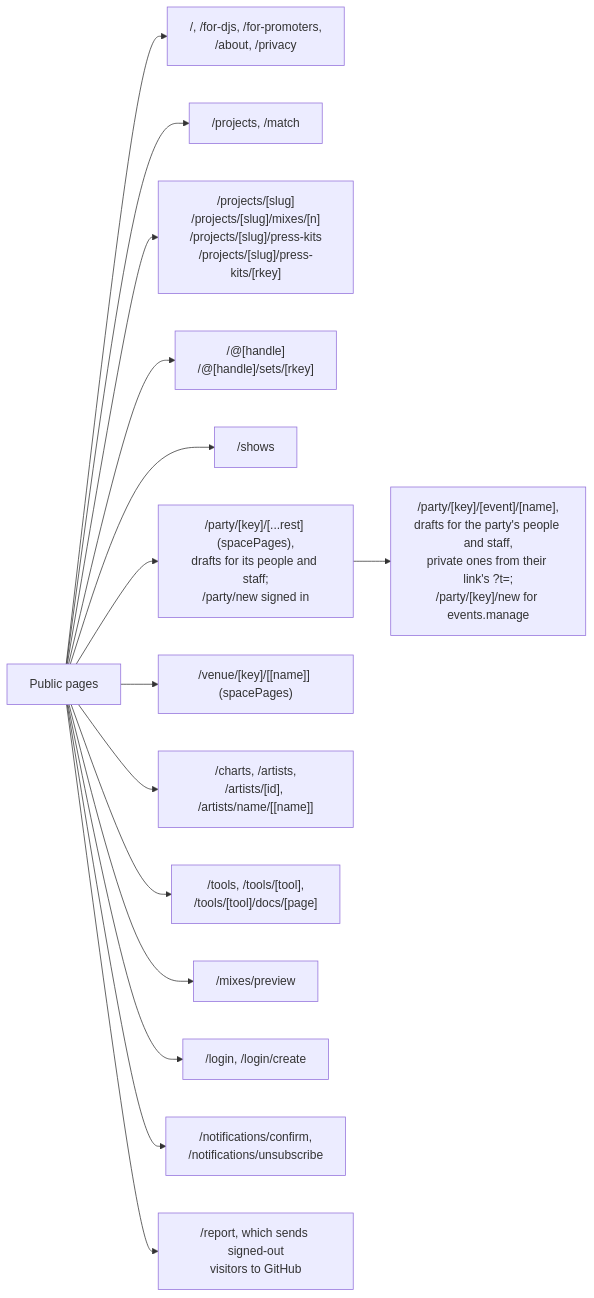
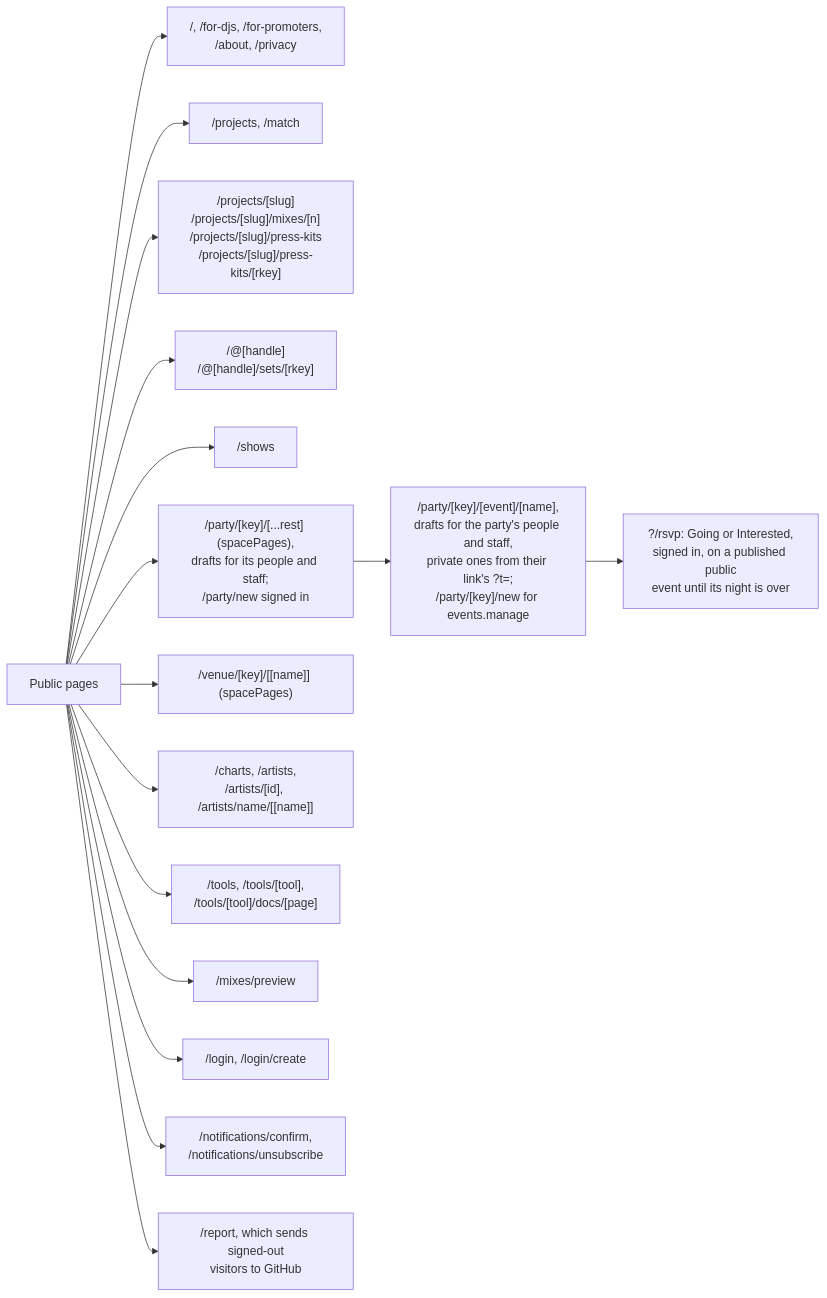
One commit to cutenode/localnetwork changed the seventh of 11 diagrams in apps/web/docs/diagrams/requests-and-routes.md. Above: the diagram before and after it, drawn with Mermaid. The commit also changed 38 other files, not shown here.

First line of the commit message:
feat(web): add Going and Interested to event pages

````diff
--- a/apps/web/docs/diagrams/requests-and-routes.md
+++ b/apps/web/docs/diagrams/requests-and-routes.md
@@ -156,18 +156,19 @@
 ```mermaid
 flowchart LR
   Public["Public pages"]
   Public --> Home["/, /for-djs, /for-promoters,<br/>/about, /privacy"]
   Public --> Find["/projects, /match"]
   Public --> Performer["/projects/[slug]<br/>/projects/[slug]/mixes/[n]<br/>/projects/[slug]/press-kits<br/>/projects/[slug]/press-kits/[rkey]"]
   Public --> Profile["/@[handle]<br/>/@[handle]/sets/[rkey]"]
   Public --> Shows["/shows"]
   Public --> Party["/party/[key]/[...rest] (spacePages),<br/>drafts for its people and staff;<br/>/party/new signed in"]
   Party --> Event["/party/[key]/[event]/[name],<br/>drafts for the party's people and staff,<br/>private ones from their link's ?t=;<br/>/party/[key]/new for events.manage"]
+  Event --> Rsvp["?/rsvp: Going or Interested,<br/>signed in, on a published public<br/>event until its night is over"]
   Public --> Venue["/venue/[key]/[[name]] (spacePages)"]
   Public --> Music["/charts, /artists,<br/>/artists/[id], /artists/name/[[name]]"]
   Public --> Tools["/tools, /tools/[tool],<br/>/tools/[tool]/docs/[page]"]
   Public --> Preview["/mixes/preview"]
   Public --> Signin["/login, /login/create"]
   Public --> Mail["/notifications/confirm,<br/>/notifications/unsubscribe"]
   Public --> Report["/report, which sends signed-out<br/>visitors to GitHub"]
 ```
````
